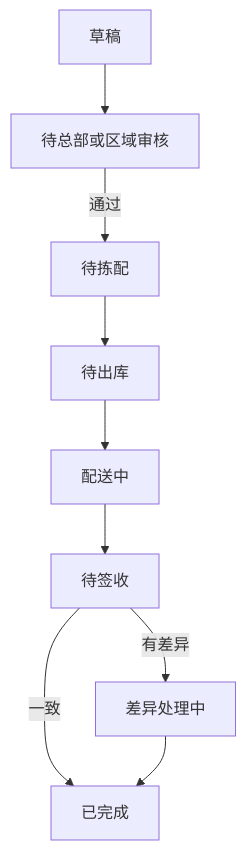
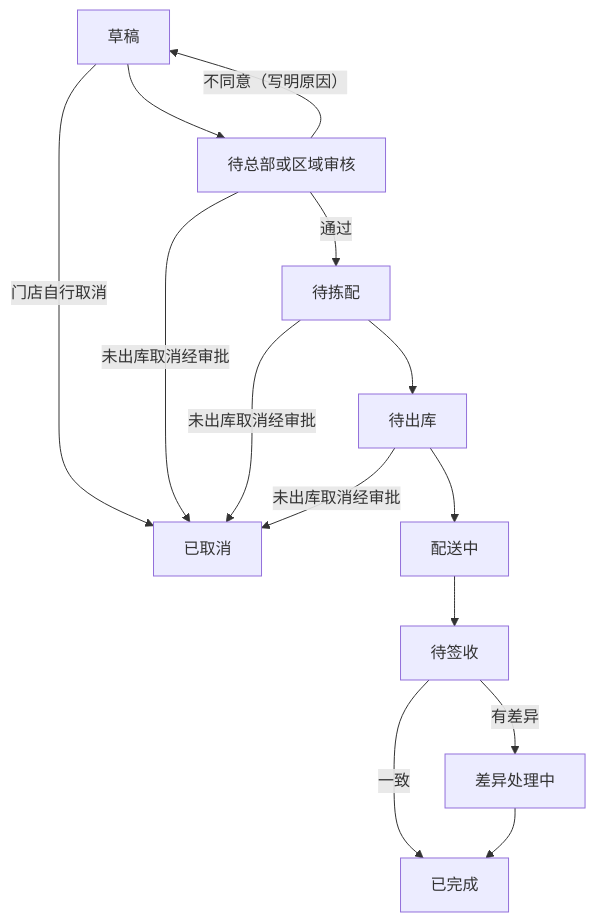
Before and after one commit to jxh1979/mall: the second of 5 diagrams in docs/supply-chain-inventory-product-prd-v0.1.md, drawn with Mermaid. The commit also changed other lines of this file and 138 other files, not shown here.

````diff
--- a/docs/supply-chain-inventory-product-prd-v0.1.md
+++ b/docs/supply-chain-inventory-product-prd-v0.1.md
@@ -207,11 +207,14 @@
 ```mermaid
 flowchart TD
   A["草稿"] --> B["待总部或区域审核"]
   B -- 通过 --> C["待拣配"]
+  B -- 不同意（写明原因） --> A
+  A -- 门店自行取消 --> X["已取消"]
+  B & C & D -- 未出库取消经审批 --> X
   C --> D["待出库"]
   D --> E["配送中"]
   E --> F["待签收"]
   F -- 一致 --> G["已完成"]
   F -- 有差异 --> H["差异处理中"]
   H --> G
 ```
````
